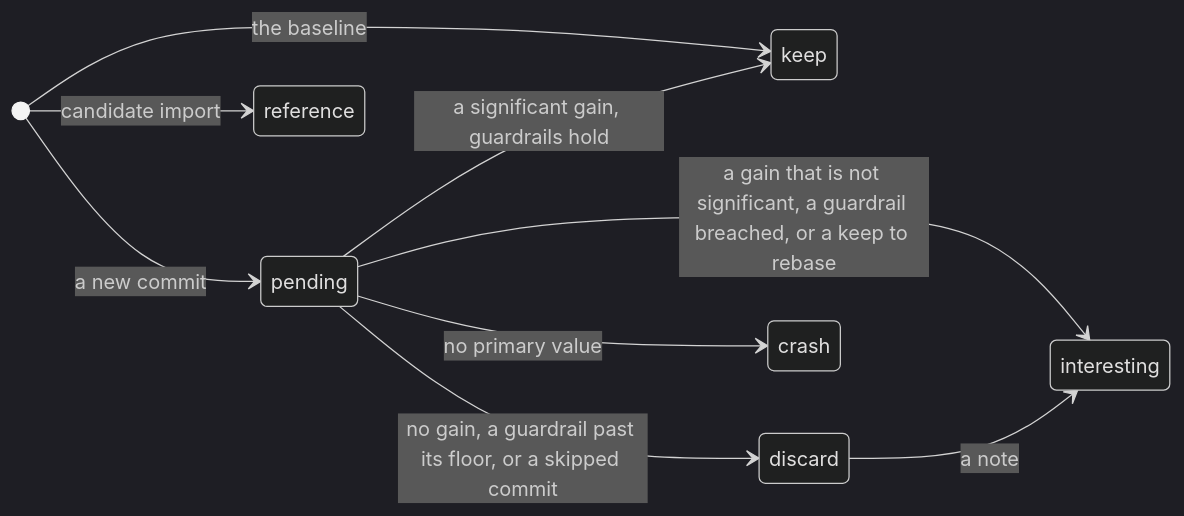
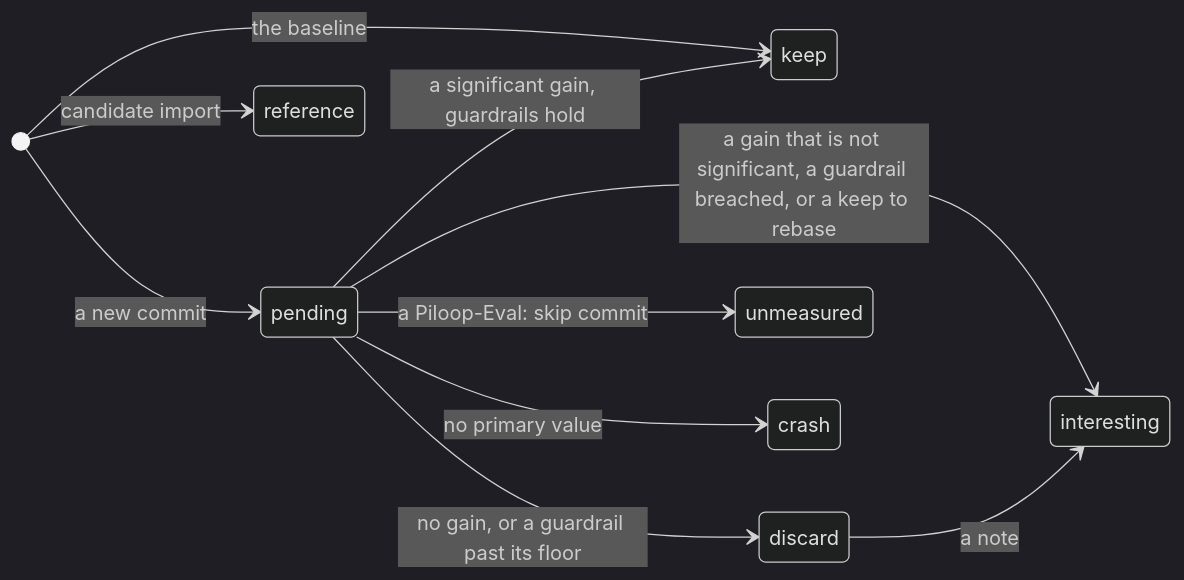
One commit to VatsaDev/piloop changed the fourth of 4 diagrams in docs/architecture/state-machines.mdx. Above: the diagram before and after it, drawn with Mermaid (dark theme). The commit also changed other lines of this file and 16 other files, not shown here.

First line of the commit message:
fix: a Piloop-Eval: skip commit is unmeasured, not a discard (#10)

````diff
--- a/docs/architecture/state-machines.mdx
+++ b/docs/architecture/state-machines.mdx
@@ -80,12 +80,13 @@
 ```mermaid
 stateDiagram-v2
     direction LR
     [*] --> pending: a new commit
     [*] --> keep: the baseline
     [*] --> reference: candidate import
     pending --> keep: a significant gain, guardrails hold
     pending --> interesting: a gain that is not significant, a guardrail breached, or a keep to rebase
-    pending --> discard: no gain, a guardrail past its floor, or a skipped commit
+    pending --> discard: no gain, or a guardrail past its floor
+    pending --> unmeasured: a Piloop-Eval: skip commit
     pending --> crash: no primary value
     discard --> interesting: a note
 ```
````
